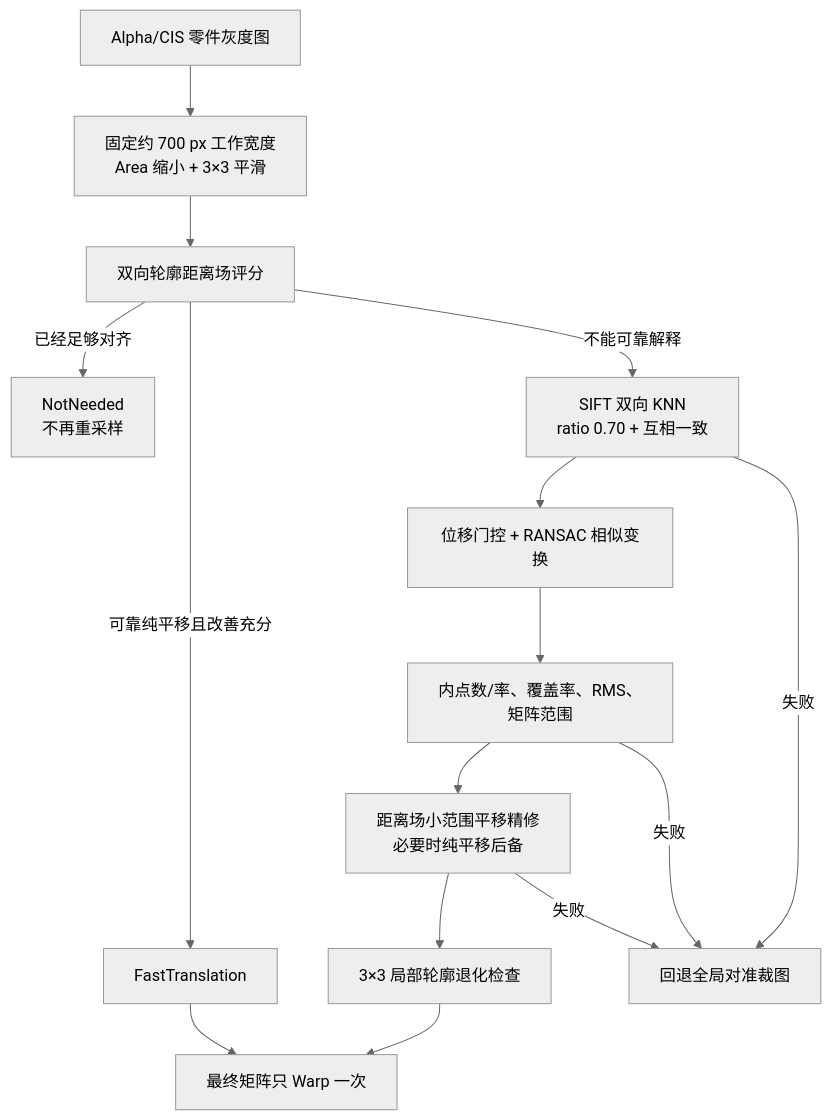
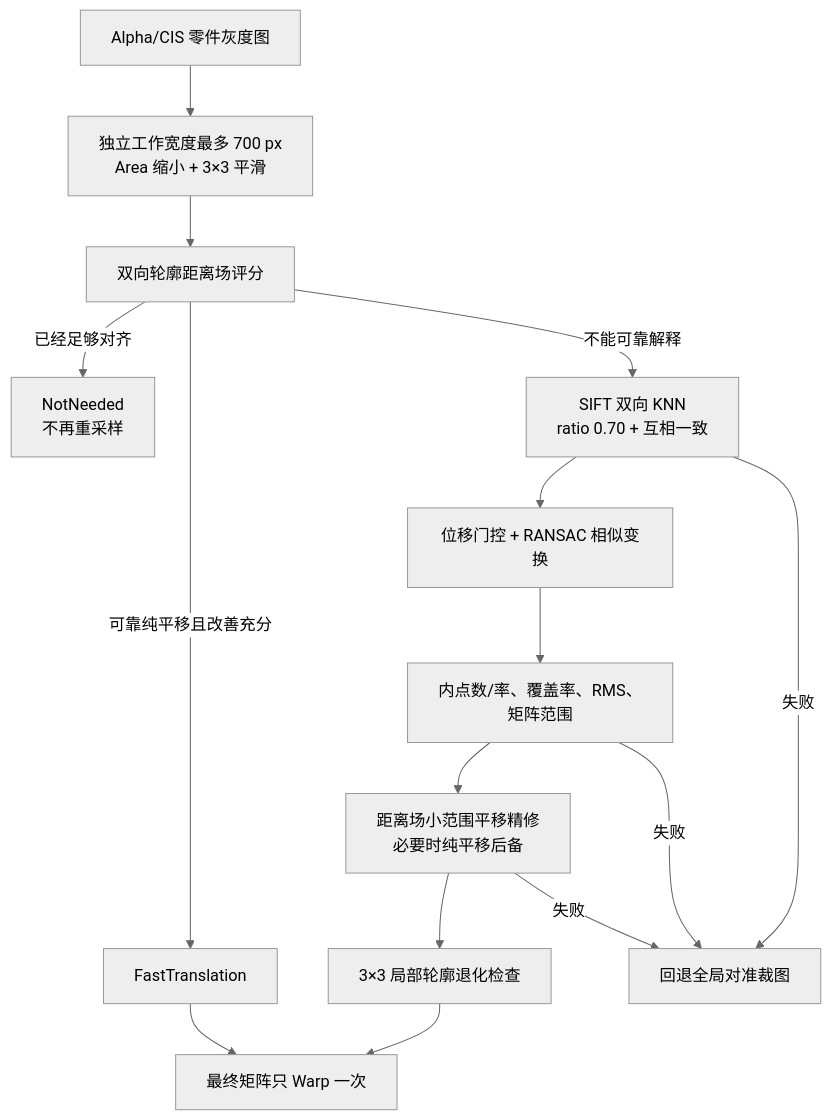
Before and after one commit to Kevin-ykg/CIS_WebInspector: the seventh of 9 diagrams in 项目全局导航与开发指南.md, drawn with Mermaid (neutral theme). The commit also changed other lines of this file and 39 other files, not shown here.

````diff
--- a/项目全局导航与开发指南.md
+++ b/项目全局导航与开发指南.md
@@ -552,17 +557,17 @@
 ```mermaid
 flowchart TD
-    A["Alpha/CIS 零件灰度图"] --> B["固定约 700 px 工作宽度<br/>Area 缩小 + 3×3 平滑"]
+    A["Alpha/CIS 零件灰度图"] --> B["独立工作宽度最多 700 px<br/>Area 缩小 + 3×3 平滑"]
     B --> C["双向轮廓距离场评分"]
     C -->|已经足够对齐| D["NotNeeded<br/>不再重采样"]
     C -->|可靠纯平移且改善充分| E["FastTranslation"]
     C -->|不能可靠解释| F["SIFT 双向 KNN<br/>ratio 0.70 + 互相一致"]
     F --> G["位移门控 + RANSAC 相似变换"]
     G --> H["内点数/率、覆盖率、RMS、矩阵范围"]
     H --> I["距离场小范围平移精修<br/>必要时纯平移后备"]
     I --> J["3×3 局部轮廓退化检查"]
     E --> K["最终矩阵只 Warp 一次"]
     J --> K
     F -->|失败| L["回退全局对准裁图"]
     H -->|失败| L
     I -->|失败| L
 ```
````
